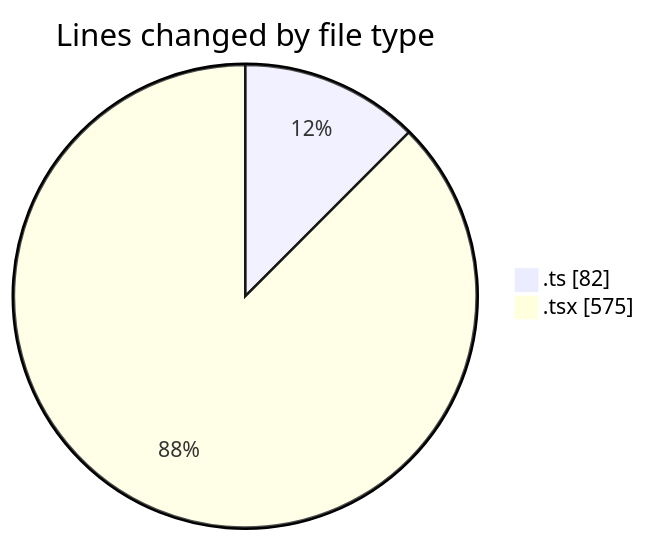
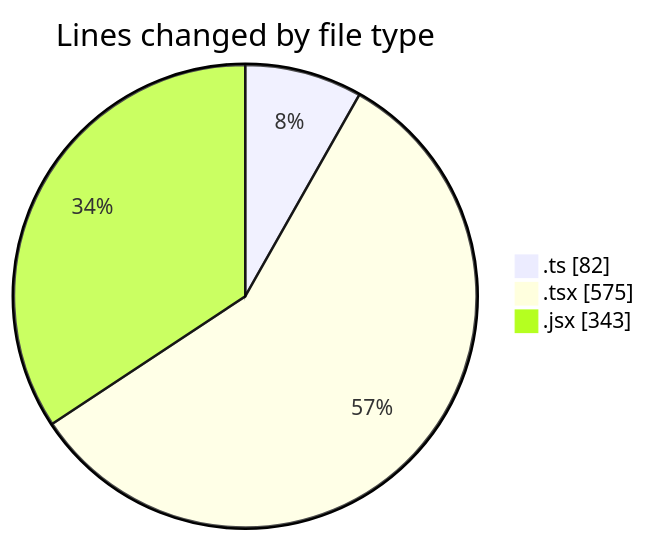
One commit to robertbonfada/code-tracking changed the first of 2 diagrams in 2025-01-25/termonied-web/README.md. Above: the diagram before and after it, drawn with Mermaid. The commit also changed other lines of this file and 1 other file, not shown here.

````diff
--- a/2025-01-25/termonied-web/README.md
+++ b/2025-01-25/termonied-web/README.md
@@ -22,6 +24,7 @@
 ```mermaid
 pie showData
 title Lines changed by file type
 ".ts" : 82
 ".tsx" : 575
+".jsx" : 343
 ```
````
